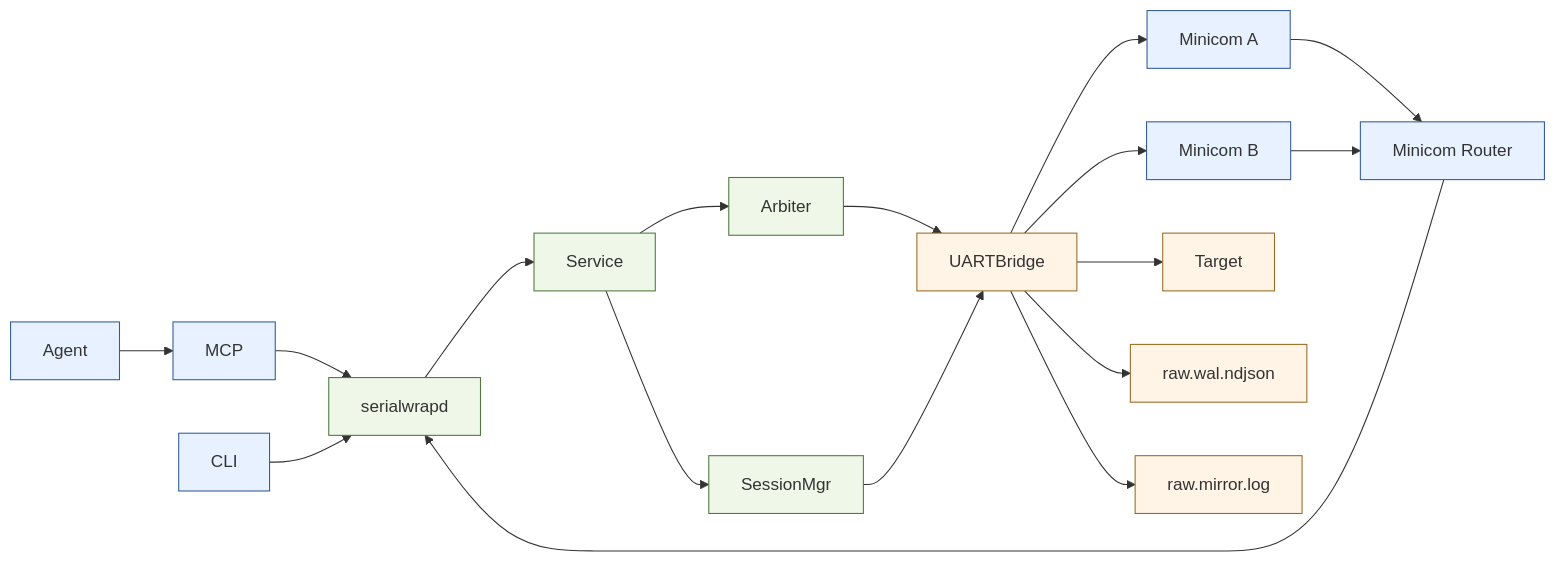
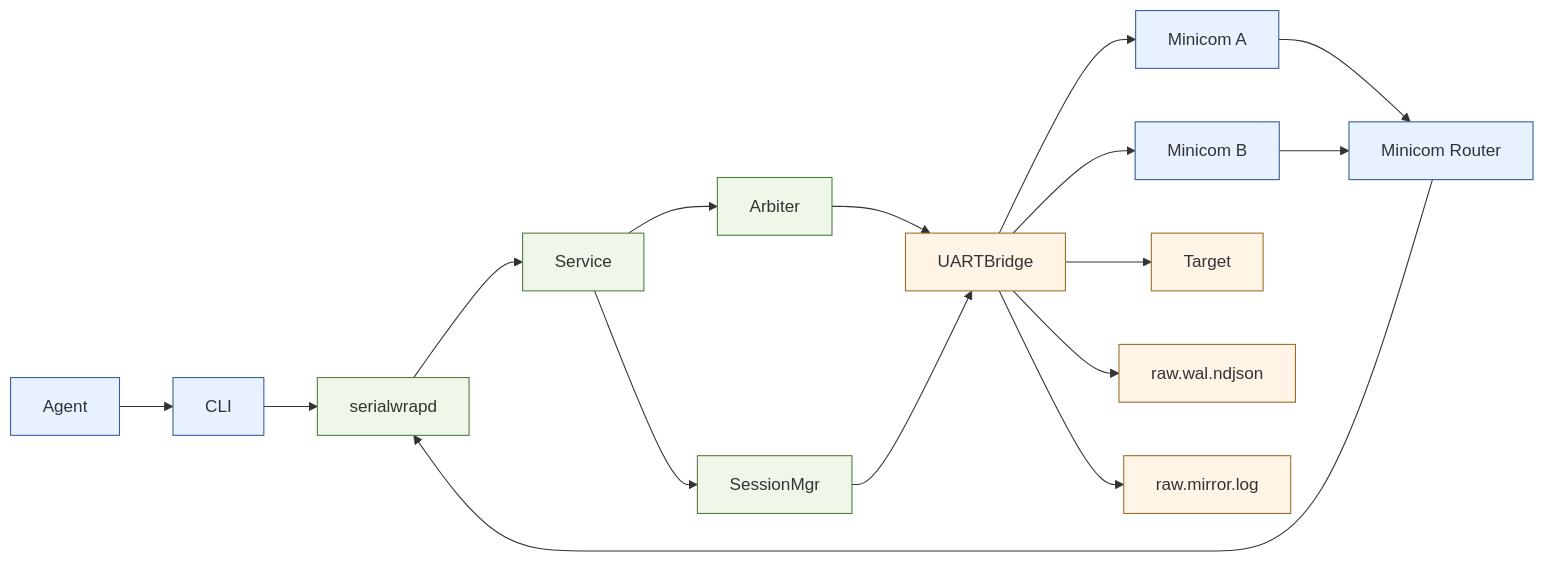
Before and after one commit to hamanpaul/serialwrap: the first of 7 diagrams in README.md, drawn with Mermaid. The commit also changed other lines of this file and 4 other files, not shown here.

````diff
--- a/README.md
+++ b/README.md
@@ -23,42 +23,40 @@
 ```mermaid
 flowchart LR
     A["Agent"]
     C["CLI"]
-    M["MCP"]
     R["Minicom Router"]
     H1["Minicom A"]
     H2["Minicom B"]
     D["serialwrapd"]
     S["Service"]
     Q["Arbiter"]
     SM["SessionMgr"]
     U["UARTBridge"]
     T["Target"]
     W["raw.wal.ndjson"]
     X["raw.mirror.log"]
 
-    A --> M
-    M --> D
+    A --> C
     C --> D
     R --> D
     H1 --> R
     H2 --> R
     D --> S
     S --> Q
     S --> SM
     Q --> U
     SM --> U
     U --> T
     U --> W
     U --> X
     U --> H1
     U --> H2
 
     classDef actor fill:#e8f1ff,stroke:#335c99,stroke-width:1px;
     classDef core fill:#eef7e8,stroke:#4f7a3f,stroke-width:1px;
     classDef io fill:#fff4e6,stroke:#9a6b25,stroke-width:1px;
 
-    class A,C,M,R,H1,H2 actor
+    class A,C,R,H1,H2 actor
     class D,S,Q,SM core
     class U,T,W,X io
 ```
````
